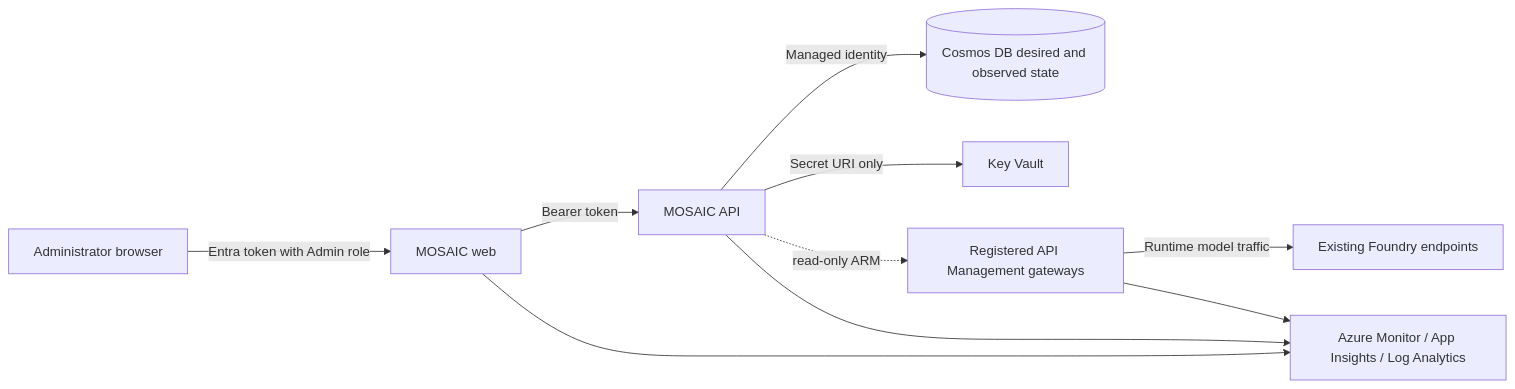
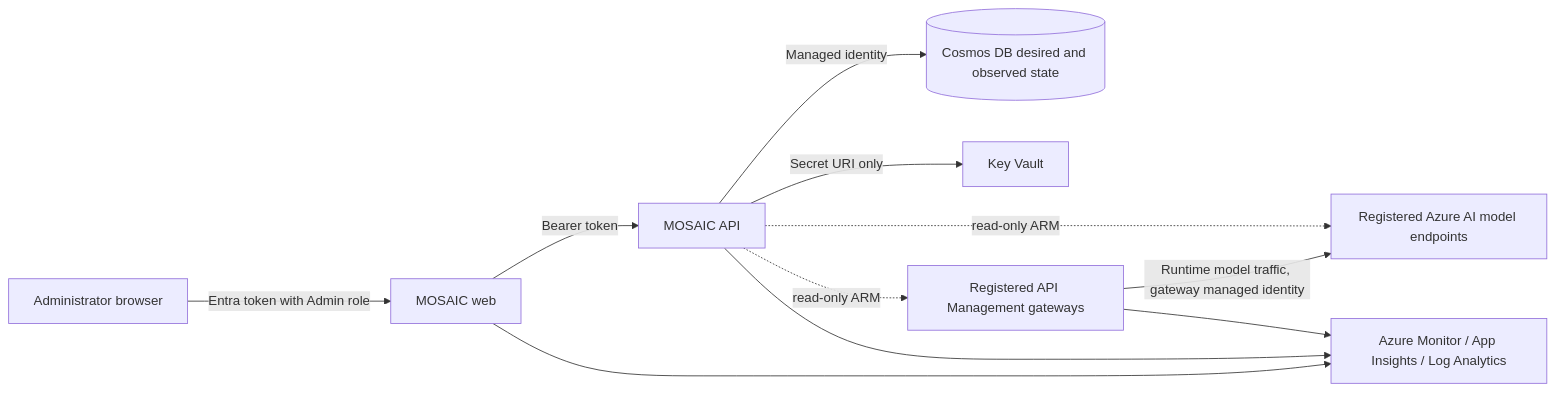
The diagram in README.md (microsoft/mosaic-apim), drawn with Mermaid before and after one commit. The commit also changed other lines of this file and 35 other files, not shown here.

````diff
--- a/README.md
+++ b/README.md
@@ -17,12 +18,13 @@
 ```mermaid
 flowchart LR
     Admin[Administrator browser] -->|Entra token with Admin role| Web[MOSAIC web]
     Web -->|Bearer token| API[MOSAIC API]
     API -->|Managed identity| Cosmos[(Cosmos DB desired and observed state)]
     API -->|Secret URI only| KV[Key Vault]
     API -. read-only ARM .-> APIM[Registered API Management gateways]
-    APIM -->|Runtime model traffic| Foundry[Existing Foundry endpoints]
+    API -. read-only ARM .-> Foundry[Registered Azure AI model endpoints]
+    APIM -->|Runtime model traffic, gateway managed identity| Foundry
     APIM --> Monitor[Azure Monitor / App Insights / Log Analytics]
     API --> Monitor
     Web --> Monitor
 ```
````
